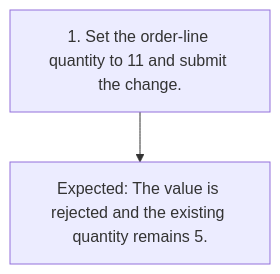
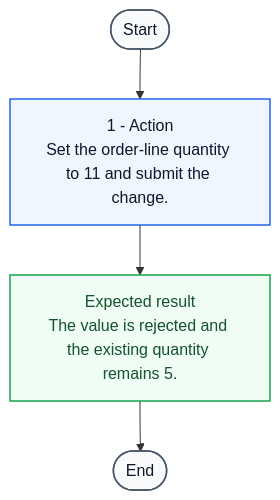
The diagram in examples/expected-output/test-cases-md/TC-005.md (Soturine/functional-test-designer), drawn with Mermaid before and after one commit. The commit also changed 17 other files, not shown here.

Commit message:
feat: improve offline mermaid test flows

````diff
--- a/examples/expected-output/test-cases-md/TC-005.md
+++ b/examples/expected-output/test-cases-md/TC-005.md
@@ -37,6 +37,18 @@
 ```mermaid
 flowchart TD
-    A1["1. Set the order-line quantity to 11 and submit the change."]
-    E1["Expected: The value is rejected and the existing quantity remains 5."]
-    A1 --> E1
+    S([Start])
+    A1["1 - Action<br/>Set the order-line quantity to 11 and submit the change."]
+    R1["Expected result<br/>The value is rejected and the existing quantity remains 5."]
+    F([End])
+
+    S --> A1 --> R1 --> F
+
+    classDef startEnd fill:#f8fafc,stroke:#475569,stroke-width:1.5px,color:#0f172a;
+    classDef action fill:#eff6ff,stroke:#2563eb,stroke-width:1.5px,color:#0f172a;
+    classDef expected fill:#f0fdf4,stroke:#16a34a,stroke-width:1.5px,color:#14532d;
+    classDef clarification fill:#fff7ed,stroke:#ea580c,stroke-width:1.5px,color:#7c2d12,stroke-dasharray:4 3;
+
+    class S,F startEnd;
+    class A1 action;
+    class R1 expected;
 ```
````
